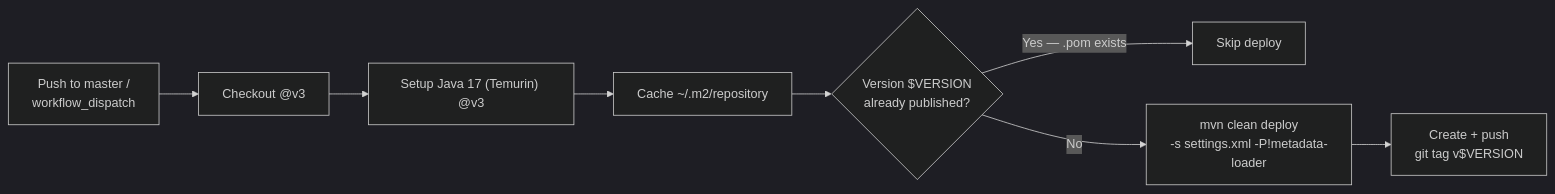
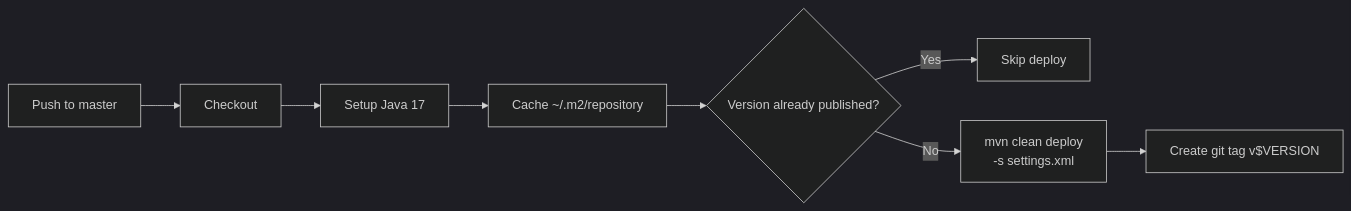
The diagram in content/docs/common/cicd.md (Event-Based-Banking-Application/arya-banking), drawn with Mermaid (dark theme) before and after one commit. The commit also changed other lines of this file and 9 other files, not shown here.

Commit message:
docs: update for modular common (5 modules), BOM, and metadata-loader

````diff
--- a/content/docs/common/cicd.md
+++ b/content/docs/common/cicd.md
@@ -22,10 +33,10 @@
 ```mermaid
 flowchart LR
-    T["Push to master /\nworkflow_dispatch"] --> A["Checkout @v3"]
-    A --> B["Setup Java 17 (Temurin) @v3"]
+    T["Push to master"] --> A["Checkout"]
+    A --> B["Setup Java 17"]
     B --> C["Cache ~/.m2/repository"]
-    C --> D{"Version $VERSION\nalready published?"}
-    D -->|"Yes — .pom exists"| E["Skip deploy"]
-    D -->|"No"| F["mvn clean deploy\n-s settings.xml -P!metadata-loader"]
-    F --> G["Create + push\ngit tag v$VERSION"]
+    C --> D{"Version already published?"}
+    D -->|"Yes"| E["Skip deploy"]
+    D -->|"No"| F["mvn clean deploy\n-s settings.xml"]
+    F --> G["Create git tag v$VERSION"]
 ```
````
